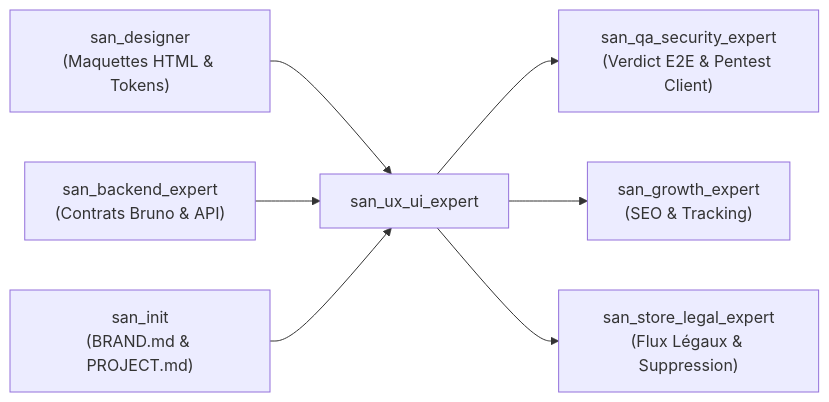
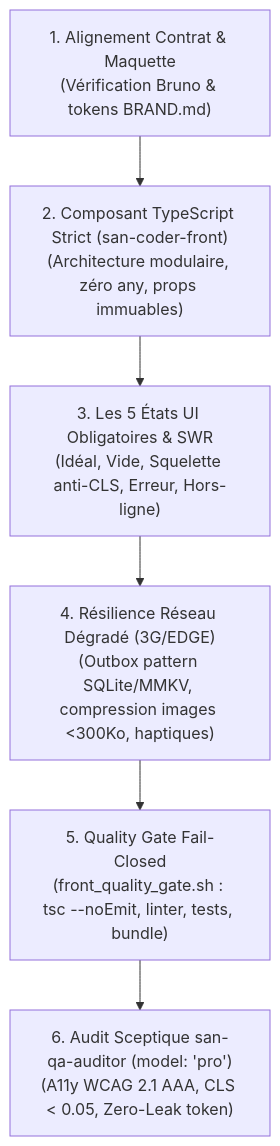
Before and after one commit to alexsan-dev/san_agy_framework: the diagram in src/skills/san_ux_ui_expert/SKILL.md, drawn with Mermaid. The commit also changed other lines of this file and 114 other files, not shown here.

````diff
--- a/src/skills/san_ux_ui_expert/SKILL.md
+++ b/src/skills/san_ux_ui_expert/SKILL.md
@@ -378,9 +25,8 @@
 ```mermaid
-graph LR
-    san_designer["san_designer\n(Maquettes HTML & Tokens)"] --> san_ux_ui_expert
-    san_backend_expert["san_backend_expert\n(Contrats Bruno & API)"] --> san_ux_ui_expert
-    san_init["san_init\n(BRAND.md & PROJECT.md)"] --> san_ux_ui_expert
-    san_ux_ui_expert --> san_qa_security_expert["san_qa_security_expert\n(Verdict E2E & Pentest Client)"]
-    san_ux_ui_expert --> san_growth_expert["san_growth_expert\n(SEO & Tracking)"]
-    san_ux_ui_expert --> san_store_legal_expert["san_store_legal_expert\n(Flux Légaux & Suppression)"]
+flowchart TD
+    Step1["1. Alignement Contrat & Maquette\n(Vérification Bruno & tokens BRAND.md)"] --> Step2["2. Composant TypeScript Strict (san-coder-front)\n(Architecture modulaire, zéro any, props immuables)"]
+    Step2 --> Step3["3. Les 5 États UI Obligatoires & SWR\n(Idéal, Vide, Squelette anti-CLS, Erreur, Hors-ligne)"]
+    Step3 --> Step4["4. Résilience Réseau Dégradé (3G/EDGE)\n(Outbox pattern SQLite/MMKV, compression images <300Ko, haptiques)"]
+    Step4 --> Step5["5. Quality Gate Fail-Closed\n(front_quality_gate.sh : tsc --noEmit, linter, tests, bundle)"]
+    Step5 --> Step6["6. Audit Sceptique san-qa-auditor (model: 'pro')\n(A11y WCAG 2.1 AAA, CLS < 0.05, Zero-Leak token)"]
 ```
````
